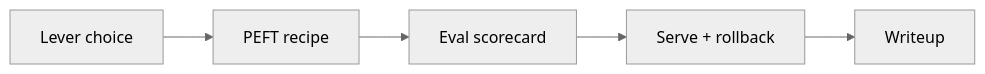
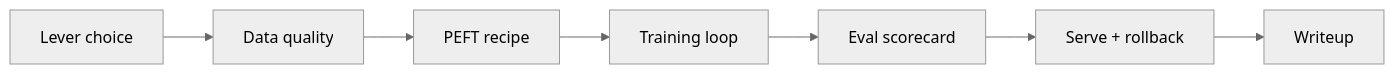
Before and after one commit to satishify/BackBenchLearner: the diagram in content/genai/module-3-finetuning/session-2-data-training/06-module-3-review-checklist.md, drawn with Mermaid (neutral theme). The commit also changed other lines of this file and 199 other files, not shown here.

````diff
--- a/content/genai/module-3-finetuning/session-2-data-training/06-module-3-review-checklist.md
+++ b/content/genai/module-3-finetuning/session-2-data-training/06-module-3-review-checklist.md
@@ -49,7 +59,9 @@
 ```mermaid
 flowchart LR
-    L1[Lever choice] --> L2[PEFT recipe]
-    L2 --> L3[Eval scorecard]
-    L3 --> L4[Serve + rollback]
-    L4 --> L5[Writeup]
+    L1[Lever choice] --> L2[Data quality]
+    L2 --> L3[PEFT recipe]
+    L3 --> L4[Training loop]
+    L4 --> L5[Eval scorecard]
+    L5 --> L6[Serve + rollback]
+    L6 --> L7[Writeup]
 ```
````
